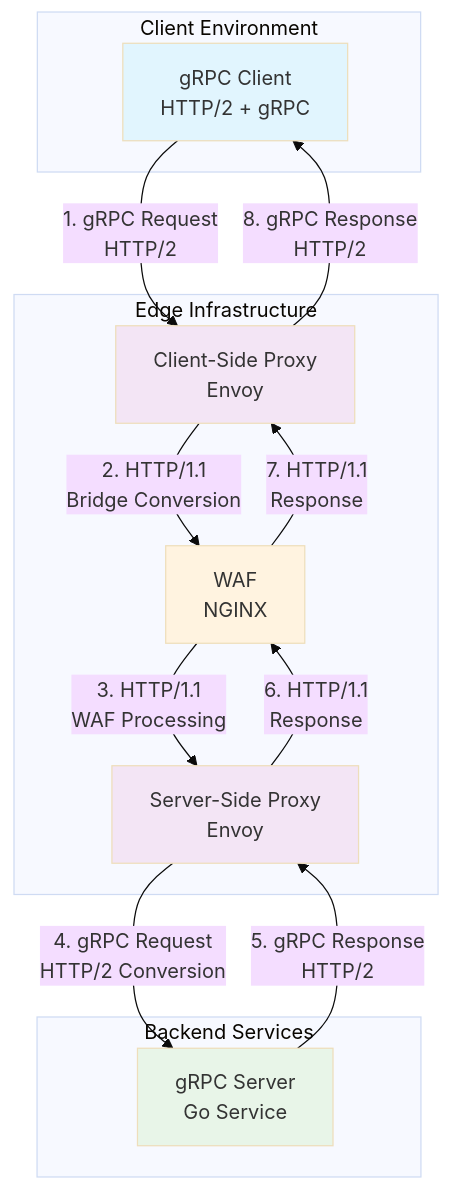
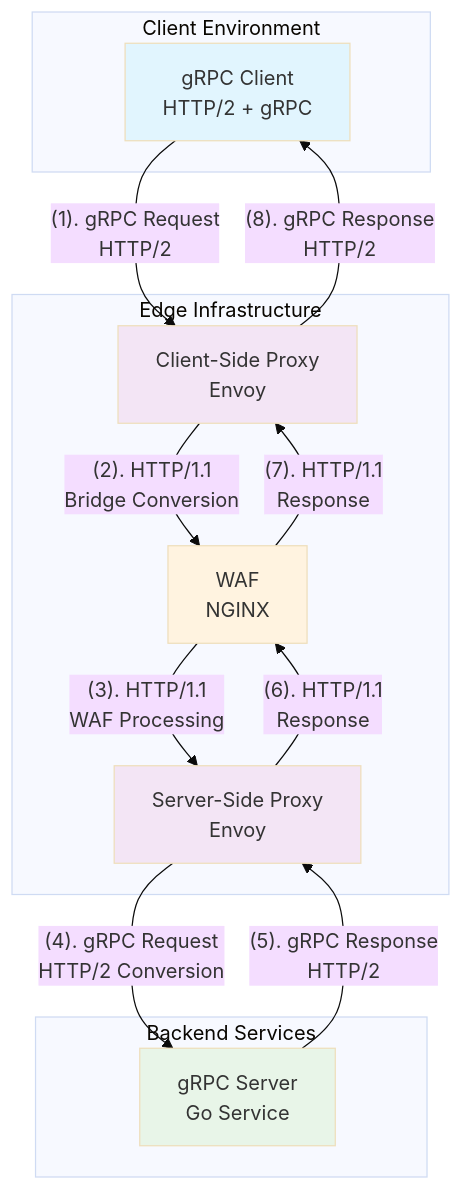
One commit to rajmohanram/grpc-bridge-demo changed the diagram in README.md. Above: the diagram before and after it, drawn with Mermaid (base theme).

Commit message:
fix mermaid diagram

````diff
--- a/README.md
+++ b/README.md
@@ -72,31 +72,31 @@
 ```mermaid
 graph TB
     subgraph "Client Environment"
-        A[gRPC Client<br/>HTTP/2 + gRPC]
+        A["gRPC Client<br/>HTTP/2 + gRPC"]
     end
 
     subgraph "Edge Infrastructure"
-        B[Client-Side Proxy<br/>Envoy]
-        C[WAF<br/>NGINX]
-        D[Server-Side Proxy<br/>Envoy]
+        B["Client-Side Proxy<br/>Envoy"]
+        C["WAF<br/>NGINX"]
+        D["Server-Side Proxy<br/>Envoy"]
     end
 
     subgraph "Backend Services"
-        E[gRPC Server<br/>Go Service]
+        E["gRPC Server<br/>Go Service"]
     end
 
-    A -->|"1. gRPC Request<br/>HTTP/2"| B
-    B -->|"2. HTTP/1.1<br/>Bridge Conversion"| C
-    C -->|"3. HTTP/1.1<br/>WAF Processing"| D
-    D -->|"4. gRPC Request<br/>HTTP/2 Conversion"| E
-    E -->|"5. gRPC Response<br/>HTTP/2"| D
-    D -->|"6. HTTP/1.1<br/>Response"| C
-    C -->|"7. HTTP/1.1<br/>Response"| B
-    B -->|"8. gRPC Response<br/>HTTP/2"| A
+    A -->|"(1). gRPC Request<br/>HTTP/2"| B
+    B -->|"(2). HTTP/1.1<br/>Bridge Conversion"| C
+    C -->|"(3). HTTP/1.1<br/>WAF Processing"| D
+    D -->|"(4). gRPC Request<br/>HTTP/2 Conversion"| E
+    E -->|"(5). gRPC Response<br/>HTTP/2"| D
+    D -->|"(6). HTTP/1.1<br/>Response"| C
+    C -->|"(7). HTTP/1.1<br/>Response"| B
+    B -->|"(8). gRPC Response<br/>HTTP/2"| A
 
     style A fill:#e1f5fe
     style B fill:#f3e5f5
     style C fill:#fff3e0
     style D fill:#f3e5f5
     style E fill:#e8f5e8
 ```
````
